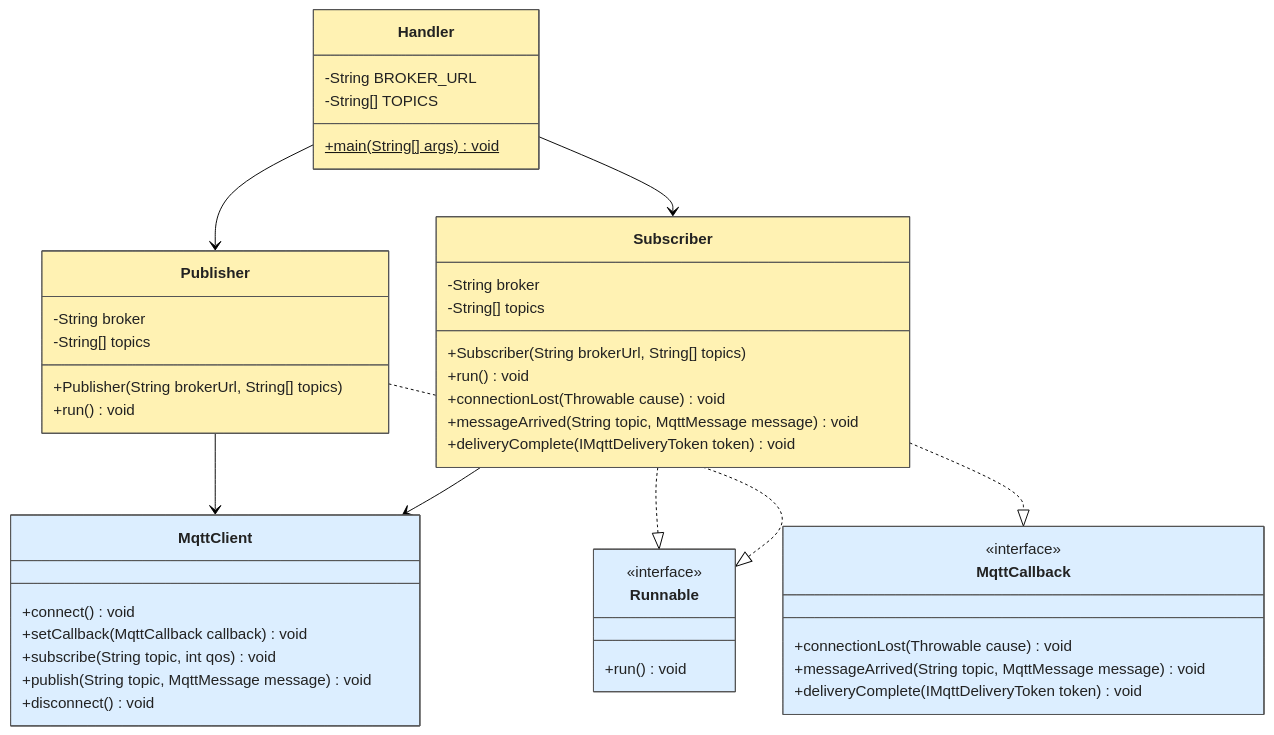
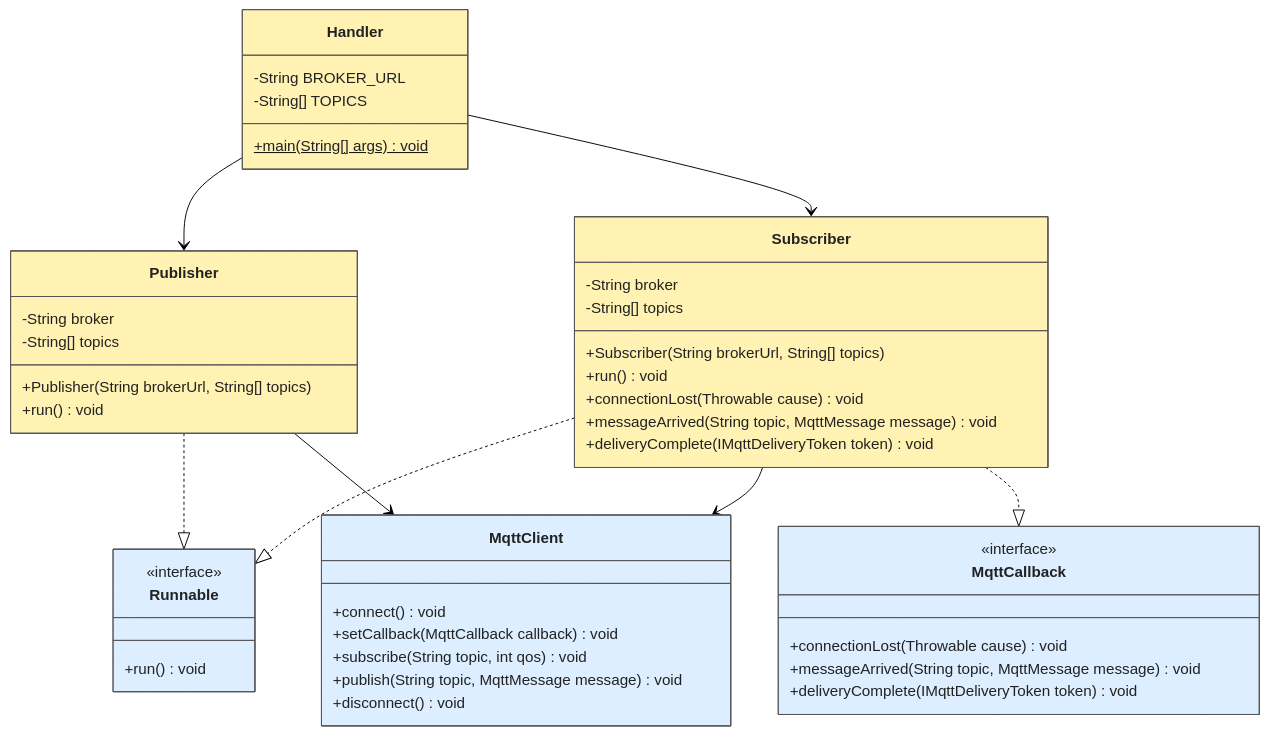
Before and after one commit to csc-3100/cloud-mqtt: the diagram in DIAGRAM.md, drawn with Mermaid (forest theme).

Commit message:
Modify UML diagram for Runnable and MQTT interface
Updated UML diagram to reflect Runnable implementation and MQTT callback interface.

````diff
--- a/DIAGRAM.md
+++ b/DIAGRAM.md
@@ -5,75 +5,78 @@
 ```mermaid
 ---
 config:
   class:
     diagramPadding: 60
 ---
 classDiagram
     direction TB
 
     class Handler {
         -String BROKER_URL
         -String[] TOPICS
         +main(String[] args)$ void
     }
 
     class Publisher {
         -String broker
         -String[] topics
         +Publisher(String brokerUrl, String[] topics)
         +run() void
     }
 
     class Subscriber {
         -String broker
         -String[] topics
         +Subscriber(String brokerUrl, String[] topics)
         +run() void
         +connectionLost(Throwable cause) void
         +messageArrived(String topic, MqttMessage message) void
         +deliveryComplete(IMqttDeliveryToken token) void
     }
 
     class Runnable {
         <<interface>>
         +run() void
     }
 
     class MqttCallback {
         <<interface>>
         +connectionLost(Throwable cause) void
         +messageArrived(String topic, MqttMessage message) void
         +deliveryComplete(IMqttDeliveryToken token) void
     }
 
     class MqttClient {
         +connect() void
         +setCallback(MqttCallback callback) void
         +subscribe(String topic, int qos) void
         +publish(String topic, MqttMessage message) void
         +disconnect() void
     }
 
     %% Associations
     Handler --> Publisher
     Handler --> Subscriber
 
+    %% Runnable implemented by both classes
+    Publisher ..|> Runnable
+    Subscriber ..|> Runnable
+
+    %% MQTT dependencies
     Publisher --> MqttClient
     Subscriber --> MqttClient
 
-    %% Interface realizations
+    %% MQTT callback interface
     Subscriber ..|> MqttCallback
-    Subscriber ..|> Runnable
-    Publisher ..|> Runnable
 
 
     %% CSC 3100 UML colors
 
     style Handler fill:#FFF2B3,stroke:#555555,color:#222222
     style Publisher fill:#FFF2B3,stroke:#555555,color:#222222
     style Subscriber fill:#FFF2B3,stroke:#555555,color:#222222
 
     style Runnable fill:#DCEEFF,stroke:#555555,color:#222222
     style MqttCallback fill:#DCEEFF,stroke:#555555,color:#222222
     style MqttClient fill:#DCEEFF,stroke:#555555,color:#222222
 ```
````
